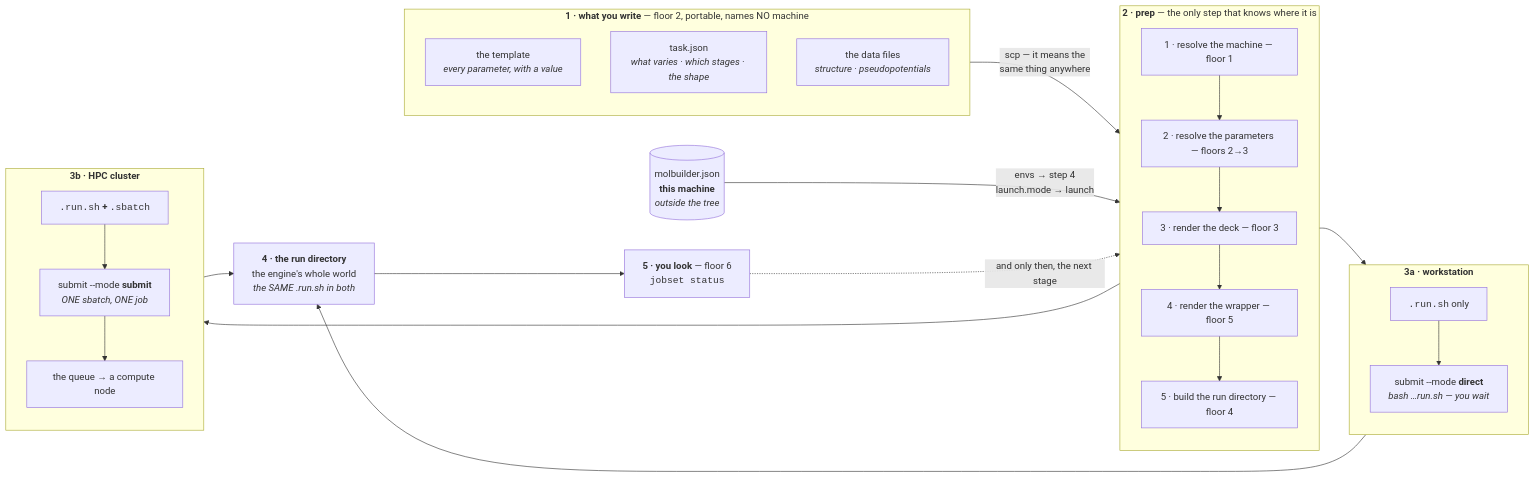
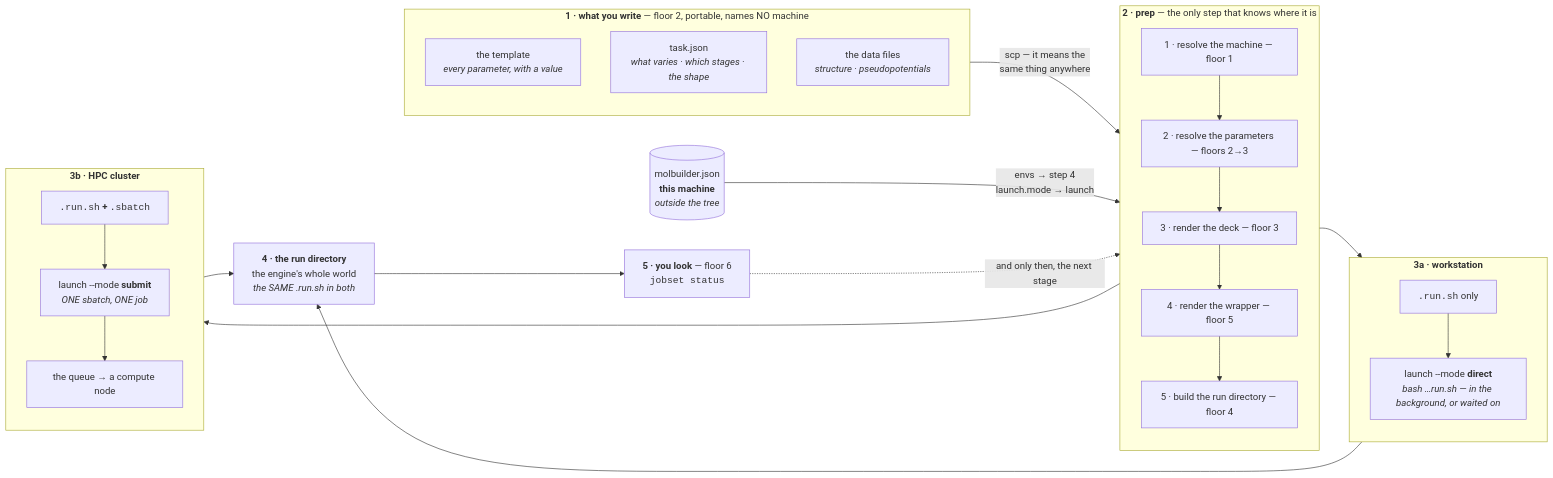
One commit to Qing-LAB/molbuilder changed the ninth of 10 diagrams in docs/execution/architecture.md. Above: the diagram before and after it, drawn with Mermaid. The commit also changed other lines of this file and 77 other files, not shown here.

````diff
--- a/docs/execution/architecture.md
+++ b/docs/execution/architecture.md
@@ -1205,46 +1206,46 @@
 ```mermaid
 flowchart LR
     subgraph PORT["<b>1 · what you write</b> — floor 2, portable, names NO machine"]
       direction TB
       T["the template<br/><i>every parameter, with a value</i>"]
       TJ["task.json<br/><i>what varies · which stages · the shape</i>"]
       DAT["the data files<br/><i>structure · pseudopotentials</i>"]
     end
 
     CFG[("molbuilder.json<br/><b>this machine</b><br/><i>outside the tree</i>")]
 
     subgraph PREP["<b>2 · prep</b> — the only step that knows where it is"]
       direction TB
       S1["1 · resolve the machine — floor 1"]
       S2["2 · resolve the parameters — floors 2→3"]
       S3["3 · render the deck — floor 3"]
       S4["4 · render the wrapper — floor 5"]
       S5["5 · build the run directory — floor 4"]
       S1 --> S2 --> S3 --> S4 --> S5
     end
 
     subgraph WS["<b>3a · workstation</b>"]
       direction TB
       WA["<code>.run.sh</code> only"]
-      WB["submit --mode <b>direct</b><br/><i>bash …run.sh — you wait</i>"]
+      WB["launch --mode <b>direct</b><br/><i>bash …run.sh — in the background, or waited on</i>"]
       WA --> WB
     end
     subgraph HPC["<b>3b · HPC cluster</b>"]
       direction TB
       HA["<code>.run.sh</code> <b>+</b> <code>.sbatch</code>"]
-      HB["submit --mode <b>submit</b><br/><i>ONE sbatch, ONE job</i>"]
+      HB["launch --mode <b>submit</b><br/><i>ONE sbatch, ONE job</i>"]
       HC["the queue → a compute node"]
       HA --> HB --> HC
     end
 
     RUN["<b>4 · the run directory</b><br/>the engine's whole world<br/><i>the SAME .run.sh in both</i>"]
     OBS["<b>5 · you look</b> — floor 6<br/><code>jobset status</code>"]
 
     PORT -->|"scp — it means the<br/>same thing anywhere"| PREP
     CFG -->|"envs → step 4<br/>launch.mode → launch"| PREP
     PREP --> WS & HPC
     WS --> RUN
     HPC --> RUN
     RUN --> OBS
     OBS -.->|"and only then, the next stage"| PREP
 ```
````
